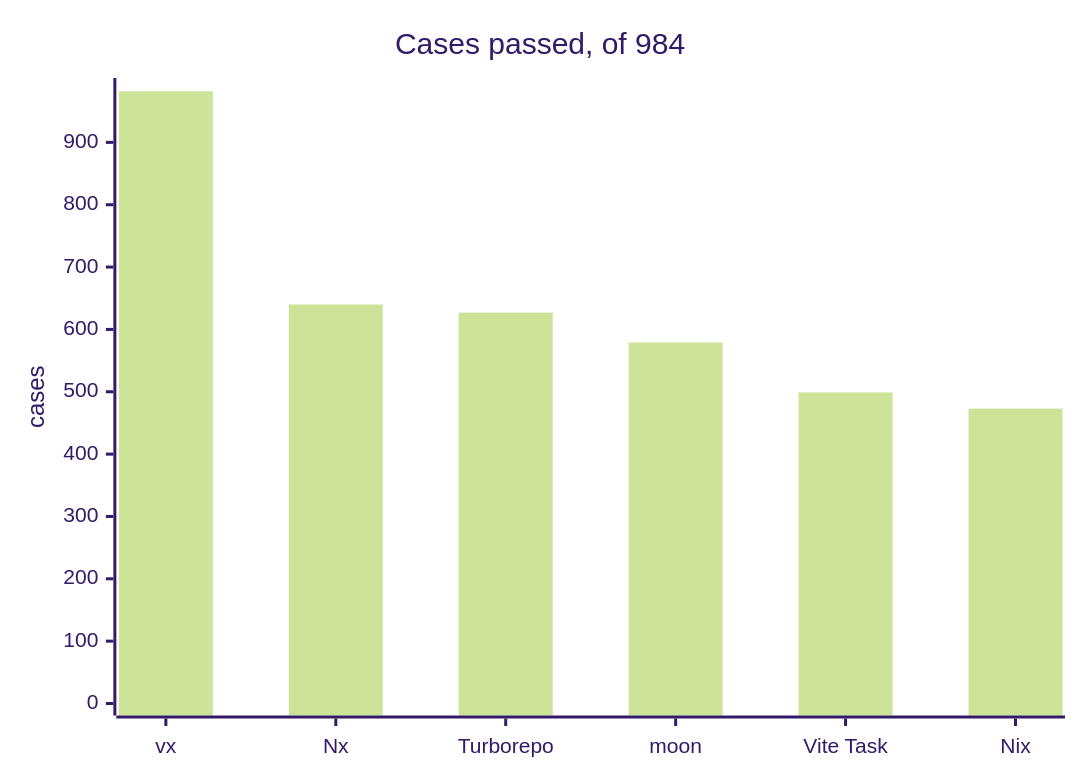
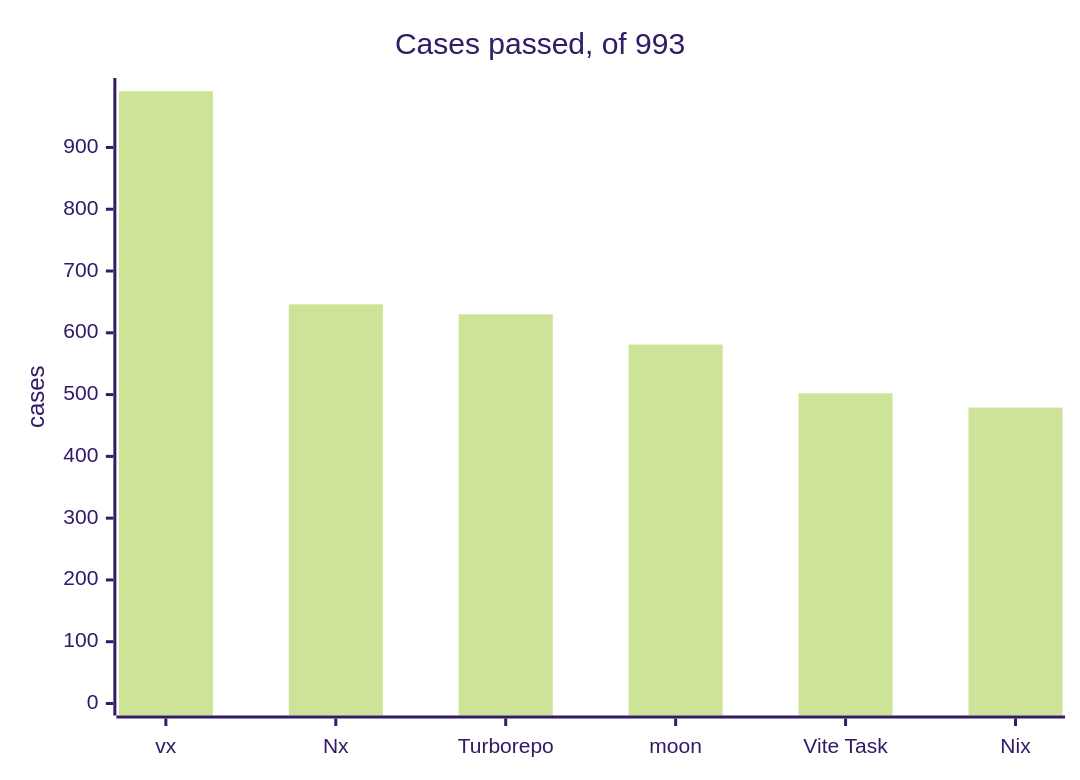
The first of 2 diagrams in private/vx-docs/src/content/docs/blog/one-suite-six-task-runners.md (vznjs/vx), drawn with Mermaid (forest theme) before and after one commit. The commit also changed other lines of this file and 19 other files, not shown here.

````diff
--- a/private/vx-docs/src/content/docs/blog/one-suite-six-task-runners.md
+++ b/private/vx-docs/src/content/docs/blog/one-suite-six-task-runners.md
@@ -15,7 +15,7 @@
 ```mermaid
 xychart-beta
-  title "Cases passed, of 984"
+  title "Cases passed, of 993"
   x-axis [vx, Nx, Turborepo, moon, "Vite Task", Nix]
-  y-axis "cases" 0 --> 984
-  bar [982, 640, 627, 579, 499, 473]
+  y-axis "cases" 0 --> 993
+  bar [991, 646, 630, 581, 502, 479]
 ```
````
